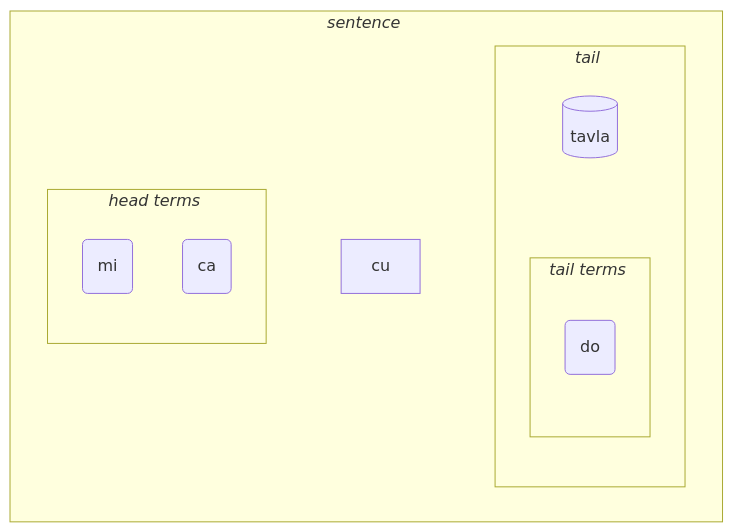
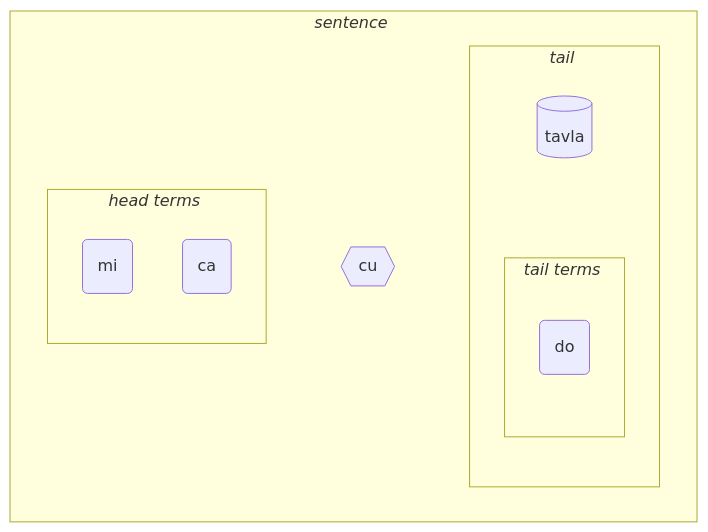
The first of 3 diagrams in data/pages/books/learn-lojban.md (La-Lojban/lojban.pw), drawn with Mermaid before and after one commit. The commit also changed other lines of this file and 4 other files, not shown here.

Commit message:
feat: 🎸 improve diagram styling

````diff
--- a/data/pages/books/learn-lojban.md
+++ b/data/pages/books/learn-lojban.md
@@ -177,31 +177,31 @@
 ```mermaid
 flowchart LR
     %% common structure:
     subgraph sentence["<i>sentence</i>#nbsp;"]
         direction LR
         head-terms
-        cu
+        cu{{"cu"}}
         tail
     end
     head-terms ~~~ cu ~~~ tail
     subgraph tail["<i>tail</i>#nbsp;"]
         %% direction LR
         selbri ~~~ tail-terms
     end
     %%  semi-automated
     subgraph head-terms["<i>head terms</i>#nbsp;"]
         t1
         t2
     end
     subgraph tail-terms["<i>tail terms</i>#nbsp;"]
         tt3
         %% tt4
     end
     %%todo: automatically link all terms to selbri
 
     t1(mi)
     t2(ca)
     selbri[(tavla)]
     tt3(do)
     %% tt4["la .lojban."]
 ```
````
